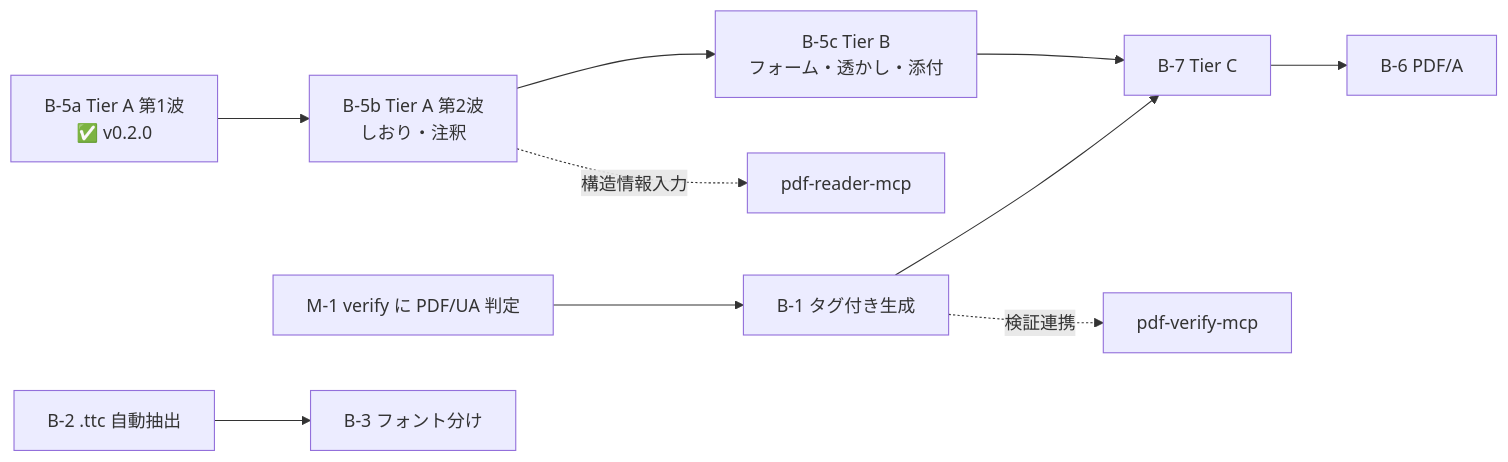
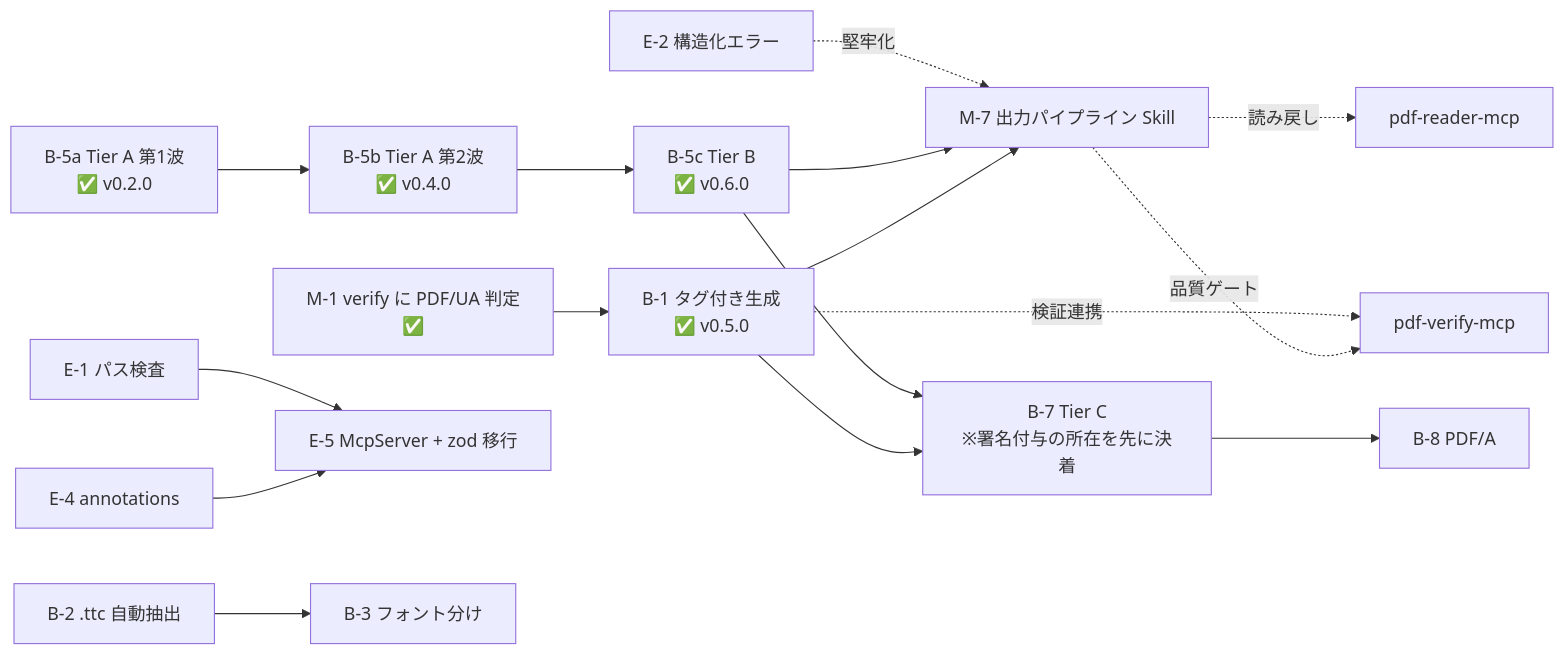
Before and after one commit to shuji-bonji/pdf-writer-mcp: the diagram in docs/TASKS.md, drawn with Mermaid. The commit also changed other lines of this file and 2 other files, not shown here.

````diff
--- a/docs/TASKS.md
+++ b/docs/TASKS.md
@@ -115,12 +155,18 @@
 ```mermaid
 graph LR
-  B5a[B-5a Tier A 第1波<br/>✅ v0.2.0] --> B5b[B-5b Tier A 第2波<br/>しおり・注釈]
-  B5b --> B5c[B-5c Tier B<br/>フォーム・透かし・添付]
-  M1[M-1 verify に PDF/UA 判定] --> B1[B-1 タグ付き生成]
-  B5c --> B7[B-7 Tier C]
+  B5a[B-5a Tier A 第1波<br/>✅ v0.2.0] --> B5b[B-5b Tier A 第2波<br/>✅ v0.4.0]
+  B5b --> B5c[B-5c Tier B<br/>✅ v0.6.0]
+  M1[M-1 verify に PDF/UA 判定<br/>✅] --> B1[B-1 タグ付き生成<br/>✅ v0.5.0]
+  E2[E-2 構造化エラー] -.堅牢化.-> M7[M-7 出力パイプライン Skill]
+  E1[E-1 パス検査] --> E5[E-5 McpServer + zod 移行]
+  E4[E-4 annotations] --> E5
+  B5c --> M7
+  B1 --> M7
+  B5c --> B7[B-7 Tier C<br/>※署名付与の所在を先に決着]
   B1 --> B7
-  B7 --> B6[B-6 PDF/A]
+  B7 --> B8[B-8 PDF/A]
   B2[B-2 .ttc 自動抽出] --> B3[B-3 フォント分け]
   B1 -.検証連携.-> V[pdf-verify-mcp]
-  B5b -.構造情報入力.-> R[pdf-reader-mcp]
+  M7 -.読み戻し.-> R[pdf-reader-mcp]
+  M7 -.品質ゲート.-> V
 ```
````
